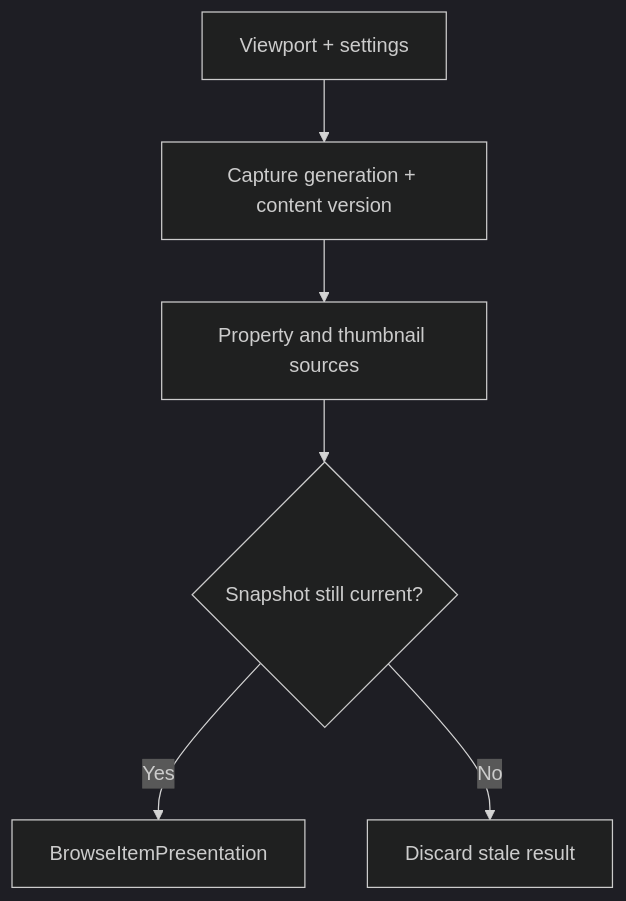
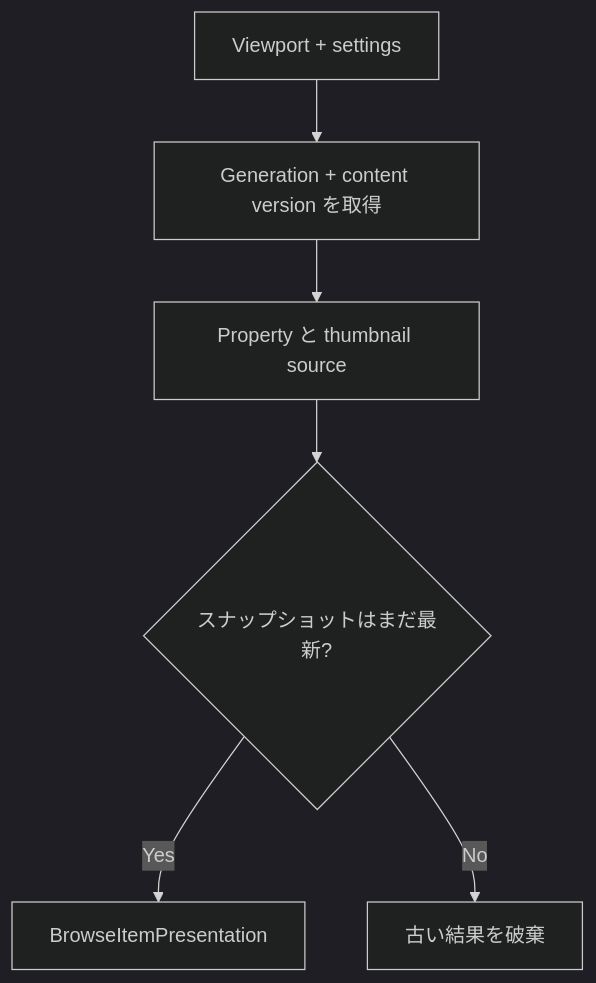
One commit to 0x5bfa/Files changed the third of 3 diagrams in docs/architecture/view-settings.md. Above: the diagram before and after it, drawn with Mermaid (dark theme). The commit also changed other lines of this file and 18 other files, not shown here.

Commit message:
Translate architecture docs to Japanese

````diff
--- a/docs/architecture/view-settings.md
+++ b/docs/architecture/view-settings.md
@@ -83,15 +92,15 @@
 ```mermaid
 flowchart TD
     Viewport["Viewport + settings"]
-    Work["Capture generation + content version"]
-    ItemFeature["Property and thumbnail sources"]
-    Validate{"Snapshot still current?"}
+    Work["Generation + content version を取得"]
+    ItemFeature["Property と thumbnail source"]
+    Validate{"スナップショットはまだ最新?"}
     Presentation["BrowseItemPresentation"]
-    Discard["Discard stale result"]
+    Discard["古い結果を破棄"]
 
     Viewport --> Work
     Work --> ItemFeature
     ItemFeature --> Validate
     Validate -->|Yes| Presentation
     Validate -->|No| Discard
 ```
````
